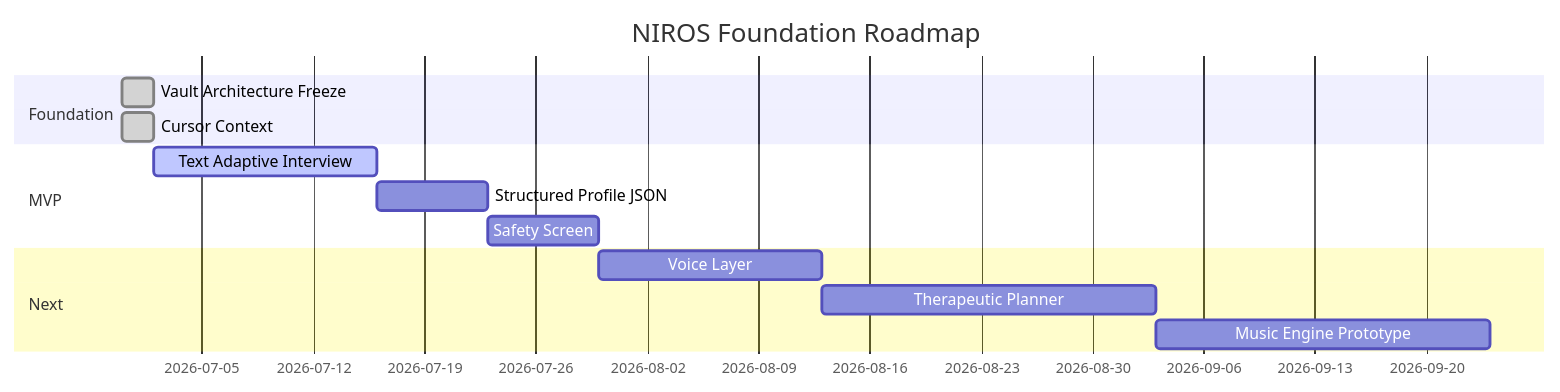
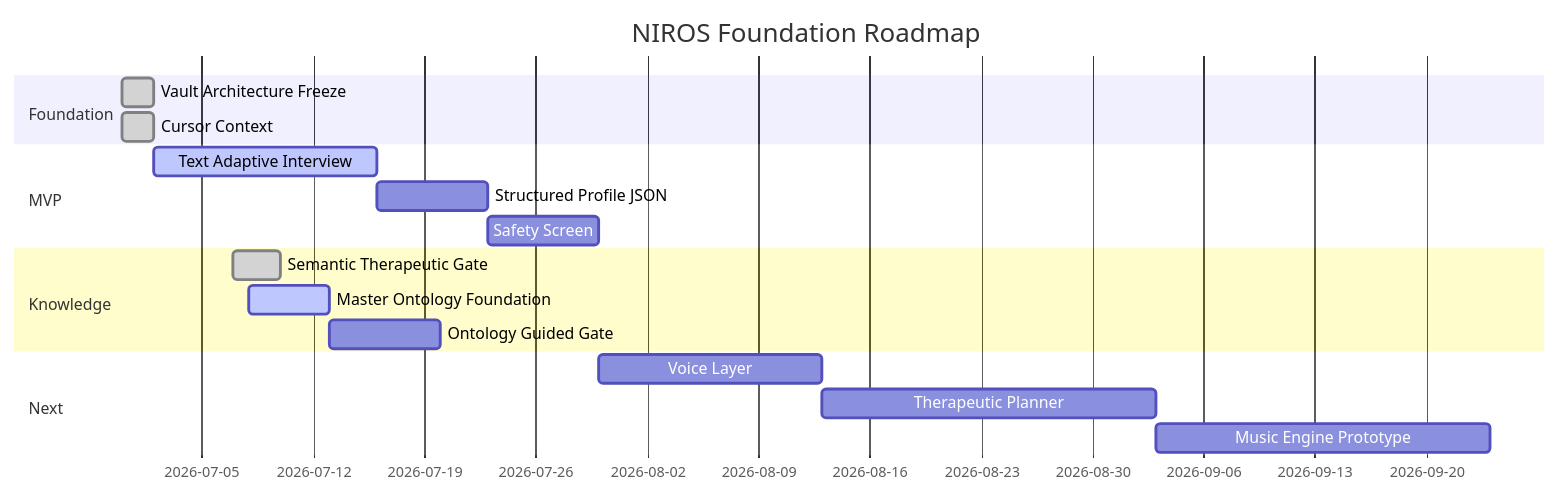
The diagram in 00_NIROS_ROADMAP.md (olshevskyi83/niros), drawn with Mermaid before and after one commit. The commit also changed other lines of this file and 267 other files, not shown here.

Commit message:
Add ontology-driven semantic mechanism understanding

````diff
--- a/00_NIROS_ROADMAP.md
+++ b/00_NIROS_ROADMAP.md
@@ -19,16 +172,20 @@
 ```mermaid
 gantt
     title NIROS Foundation Roadmap
     dateFormat  YYYY-MM-DD
     section Foundation
     Vault Architecture Freeze       :done,    f1, 2026-06-30, 2d
     Cursor Context                   :done,    f2, 2026-06-30, 2d
     section MVP
     Text Adaptive Interview          :active,  m1, 2026-07-02, 14d
     Structured Profile JSON          :         m2, after m1, 7d
     Safety Screen                    :         m3, after m2, 7d
+    section Knowledge
+    Semantic Therapeutic Gate        :done,    k1, 2026-07-07, 3d
+    Master Ontology Foundation       :active,  k2, 2026-07-08, 5d
+    Ontology Guided Gate             :         k3, after k2, 7d
     section Next
     Voice Layer                      :         n1, after m3, 14d
     Therapeutic Planner              :         n2, after n1, 21d
     Music Engine Prototype           :         n3, after n2, 21d
 ```
````
